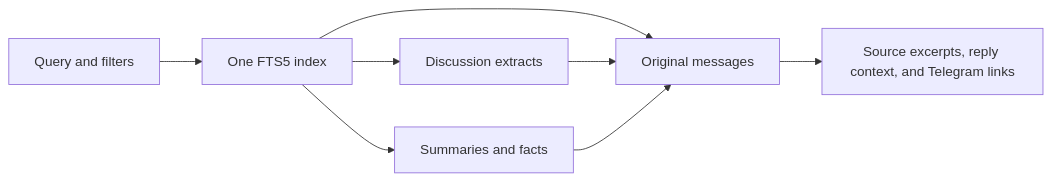
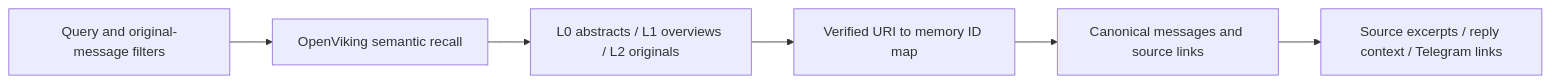
One commit to Lancetnik/dashulya changed the diagram in docs/design/chat-memory.md. Above: the diagram before and after it, drawn with Mermaid. The commit also changed other lines of this file and 69 other files, not shown here.

Commit message:
feat: integrate OpenViking memory and containerize agent

````diff
--- a/docs/design/chat-memory.md
+++ b/docs/design/chat-memory.md
@@ -7,10 +8,8 @@
 ```mermaid
 flowchart LR
-    Query[Query and filters] --> Index[One FTS5 index]
-    Index --> Messages[Original messages]
-    Index --> Discussions[Discussion extracts]
-    Index --> Summaries[Summaries and facts]
-    Discussions --> Messages
-    Summaries --> Messages
-    Messages --> Evidence[Source excerpts, reply context, and Telegram links]
+    Query[Query and original-message filters] --> Index[OpenViking semantic recall]
+    Index --> Layers[L0 abstracts / L1 overviews / L2 originals]
+    Layers --> Map[Verified URI to memory ID map]
+    Map --> SQLite[Canonical messages and source links]
+    SQLite --> Evidence[Source excerpts / reply context / Telegram links]
 ```
````
